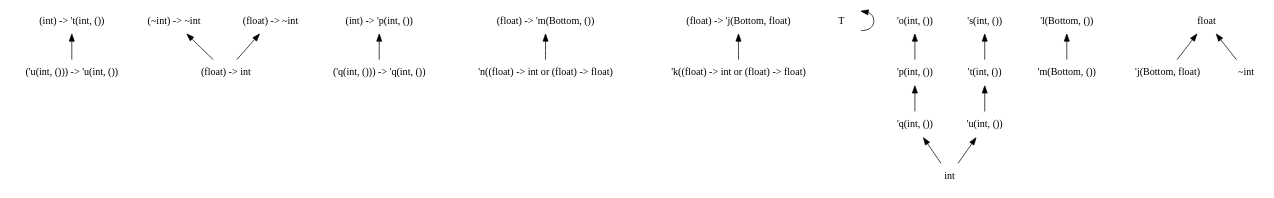
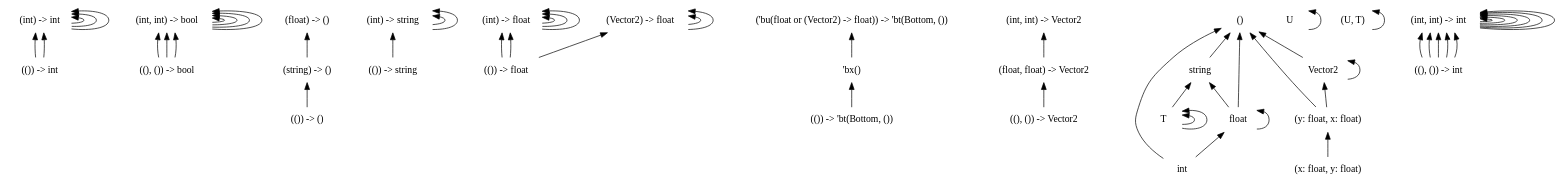
Before and after one commit to chocobo333/regino: the diagram in dots/5.dot, drawn with Graphviz. The commit also changed 37 other files, not shown here.

```diff
--- a/dots/5.dot
+++ b/dots/5.dot
@@ -1,51 +1,98 @@
 digraph order {
   graph [
     size = "30,10"
     ];
   node [
     shape = none
     ];
   edge [
     dir = back
     ];
-  "('u(int, ())) -> 'u(int, ())"
-  "(~int) -> ~int"
-  "(float) -> ~int"
-  "(int) -> 't(int, ())"
-  "(int) -> 'p(int, ())"
-  "(float) -> 'm(Bottom, ())"
-  "(float) -> 'j(Bottom, float)"
+  "(()) -> int"
+  "(int) -> int"
+  "((), ()) -> bool"
+  "(int, int) -> bool"
+  "(()) -> ()"
+  "(string) -> ()"
+  "(()) -> string"
+  "(int) -> string"
+  "(()) -> float"
+  "(int) -> float"
+  "(()) -> 'bt(Bottom, ())"
+  "(Vector2) -> float"
+  "((), ()) -> Vector2"
+  "(float, float) -> Vector2"
+  "(float) -> ()"
+  "string"
+  "Vector2"
+  "('bu(float or (Vector2) -> float)) -> 'bt(Bottom, ())"
+  "(int, int) -> Vector2"
+  "(y: float, x: float)"
   "T"
-  "'k((float) -> int or (float) -> float)"
-  "'n((float) -> int or (float) -> float)"
-  "'t(int, ())"
-  "'u(int, ())"
-  "'p(int, ())"
-  "'q(int, ())"
-  "'m(Bottom, ())"
-  "'j(Bottom, float)"
-  "'s(int, ())"
-  "'o(int, ())"
-  "'l(Bottom, ())"
+  "U"
+  "T"
+  "T"
+  "()"
+  "(U, T)"
+  "'bx()"
   "float"
   "int"
-  "~int"
-  "('q(int, ())) -> 'q(int, ())"
-  "(float) -> int"
-  "(float) -> 'm(Bottom, ())" -> "'n((float) -> int or (float) -> float)"
-  "(float) -> 'j(Bottom, float)" -> "'k((float) -> int or (float) -> float)"
-  "(~int) -> ~int" -> "(float) -> int"
-  "(float) -> ~int" -> "(float) -> int"
+  "((), ()) -> int"
+  "(int, int) -> int"
+  "(float, float) -> Vector2" -> "((), ()) -> Vector2"
+  "(int, int) -> Vector2" -> "(float, float) -> Vector2"
+  "(int, int) -> int" -> "((), ()) -> int"
+  "(int, int) -> int" -> "((), ()) -> int"
+  "(int, int) -> int" -> "((), ()) -> int"
+  "(int, int) -> int" -> "(int, int) -> int"
+  "(int, int) -> int" -> "((), ()) -> int"
+  "(int, int) -> int" -> "((), ()) -> int"
+  "(int, int) -> int" -> "(int, int) -> int"
+  "(int) -> int" -> "(int) -> int"
+  "(int) -> int" -> "(()) -> int"
+  "(int) -> int" -> "(()) -> int"
+  "(int) -> int" -> "(int) -> int"
+  "(int, int) -> int" -> "(int, int) -> int"
+  "(int) -> int" -> "(int) -> int"
+  "(int, int) -> int" -> "(int, int) -> int"
+  "(int, int) -> bool" -> "((), ()) -> bool"
+  "(int, int) -> bool" -> "(int, int) -> bool"
+  "(int, int) -> bool" -> "((), ()) -> bool"
+  "(int, int) -> bool" -> "((), ()) -> bool"
+  "(int, int) -> bool" -> "(int, int) -> bool"
+  "(int, int) -> bool" -> "(int, int) -> bool"
+  "(int) -> string" -> "(()) -> string"
+  "(int) -> string" -> "(int) -> string"
+  "(int) -> string" -> "(int) -> string"
+  "(string) -> ()" -> "(()) -> ()"
+  "string" -> "T"
+  "string" -> "float"
+  "Vector2" -> "Vector2"
+  "Vector2" -> "(y: float, x: float)"
+  "(float) -> ()" -> "(string) -> ()"
+  "(int, int) -> bool" -> "(int, int) -> bool"
+  "(int, int) -> int" -> "(int, int) -> int"
+  "(int, int) -> int" -> "(int, int) -> int"
+  "(int) -> float" -> "(()) -> float"
+  "(int) -> float" -> "(()) -> float"
+  "(int) -> float" -> "(int) -> float"
+  "(int) -> float" -> "(int) -> float"
+  "(int) -> float" -> "(int) -> float"
+  "('bu(float or (Vector2) -> float)) -> 'bt(Bottom, ())" -> "'bx()"
+  "(y: float, x: float)" -> "(x: float, y: float)"
   "T" -> "T"
-  "float" -> "'j(Bottom, float)"
-  "float" -> "~int"
-  "'s(int, ())" -> "'t(int, ())"
-  "'u(int, ())" -> "int"
-  "'t(int, ())" -> "'u(int, ())"
-  "'o(int, ())" -> "'p(int, ())"
-  "'q(int, ())" -> "int"
-  "'p(int, ())" -> "'q(int, ())"
-  "'l(Bottom, ())" -> "'m(Bottom, ())"
-  "(int) -> 't(int, ())" -> "('u(int, ())) -> 'u(int, ())"
-  "(int) -> 'p(int, ())" -> "('q(int, ())) -> 'q(int, ())"
+  "U" -> "U"
+  "T" -> "T"
+  "()" -> "string"
+  "()" -> "Vector2"
+  "()" -> "(y: float, x: float)"
+  "()" -> "float"
+  "()" -> "int"
+  "(U, T)" -> "(U, T)"
+  "'bx()" -> "(()) -> 'bt(Bottom, ())"
+  "float" -> "float"
+  "float" -> "int"
+  "(Vector2) -> float" -> "(()) -> float"
+  "(Vector2) -> float" -> "(Vector2) -> float"
+  "(Vector2) -> float" -> "(Vector2) -> float"
 }
```
